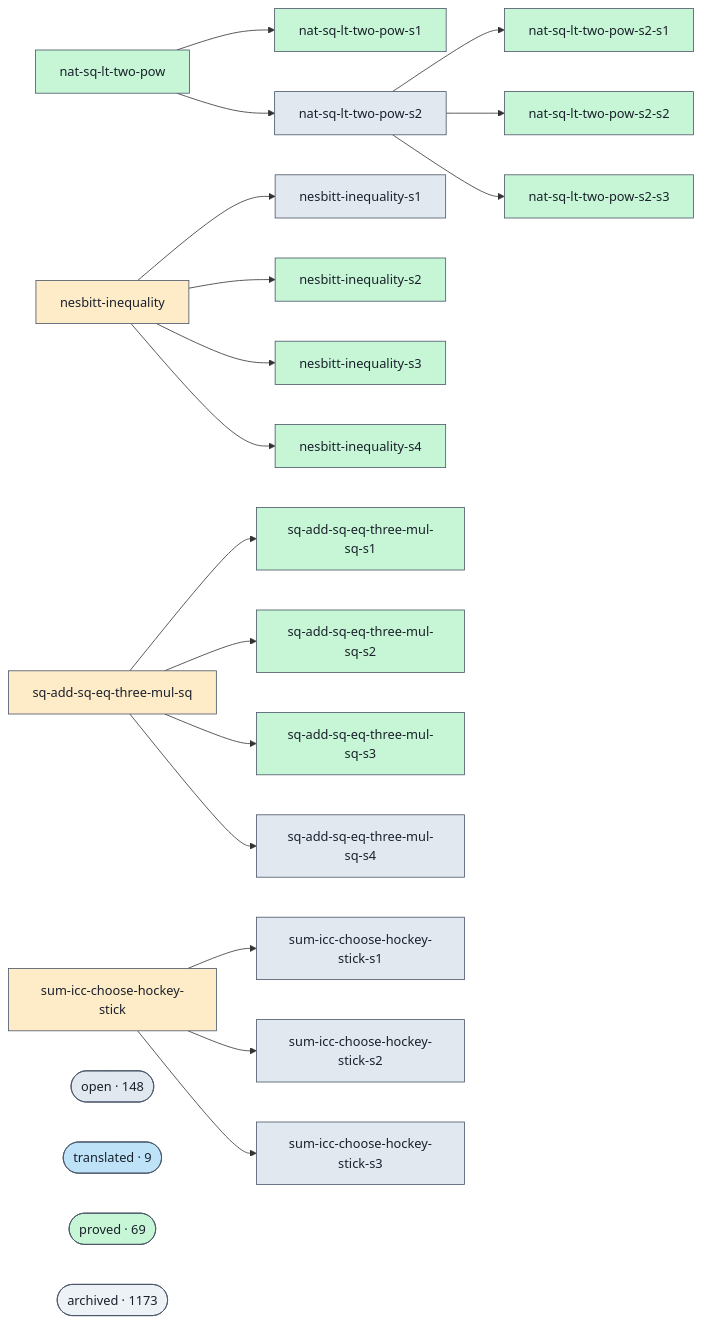
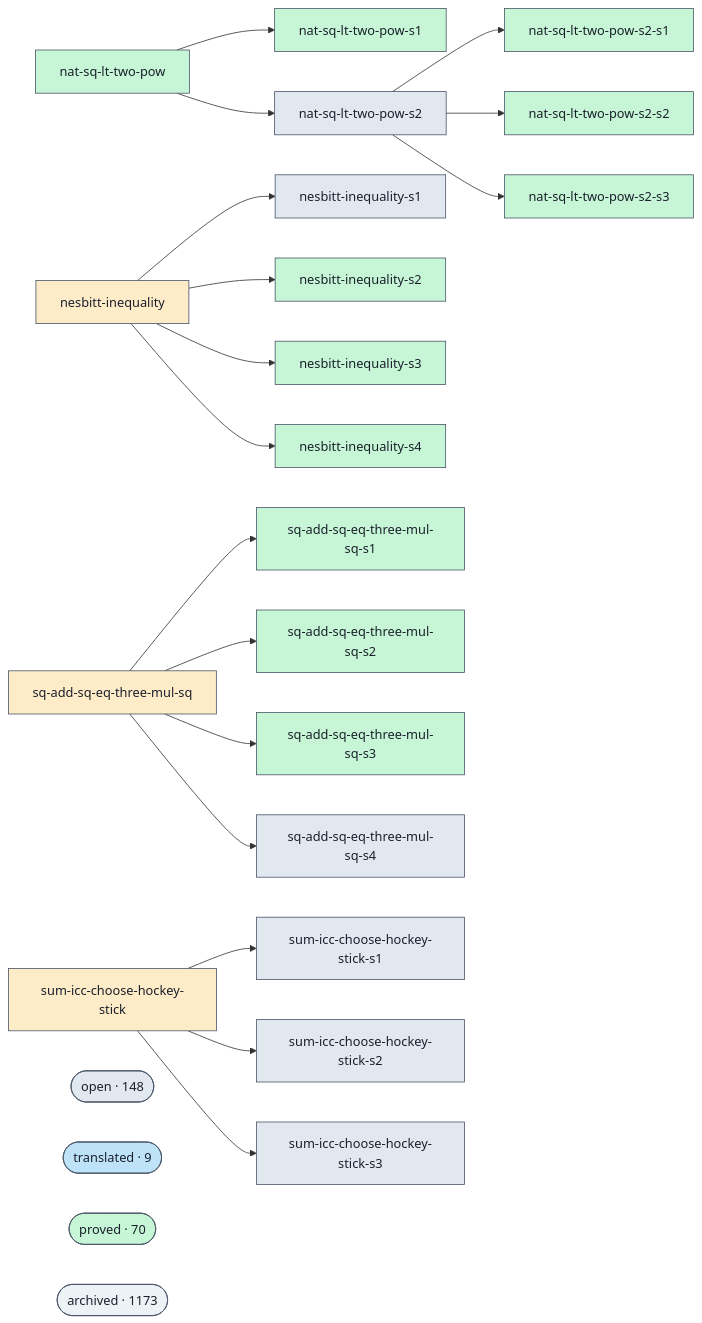
The diagram in docs/proofs-contributors-visualisation.md (ohdearquant/unsorry), drawn with Mermaid before and after one commit. The commit also changed other lines of this file and 2 other files, not shown here.

```diff
--- a/docs/proofs-contributors-visualisation.md
+++ b/docs/proofs-contributors-visualisation.md
@@ -102,7 +102,7 @@
   class cluster_open open;
   cluster_translated(["translated · 9"])
   class cluster_translated translated;
-  cluster_proved(["proved · 69"])
+  cluster_proved(["proved · 70"])
   class cluster_proved proved;
   cluster_archived(["archived · 1173"])
   class cluster_archived unknown;
```
